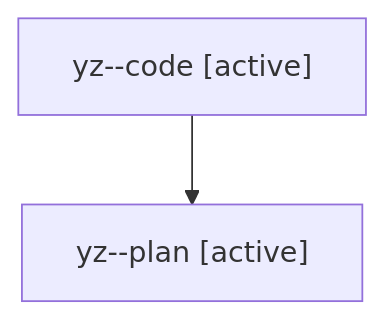
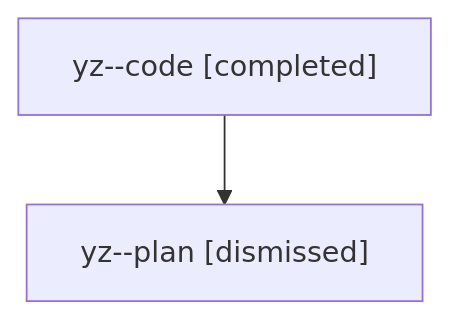
Before and after one commit to sase-org/sase--agents: the diagram in families/bbugyi200.athena.yz.md, drawn with Mermaid. The commit also changed other lines of this file and 1607 other files, not shown here.

````diff
--- a/families/bbugyi200.athena.yz.md
+++ b/families/bbugyi200.athena.yz.md
@@ -9,6 +9,6 @@
 ```mermaid
 flowchart TD
-  n0["yz--code [active]"]
-  n1["yz--plan [active]"]
+  n0["yz--code [completed]"]
+  n1["yz--plan [dismissed]"]
   n0 --> n1
 ```
````
